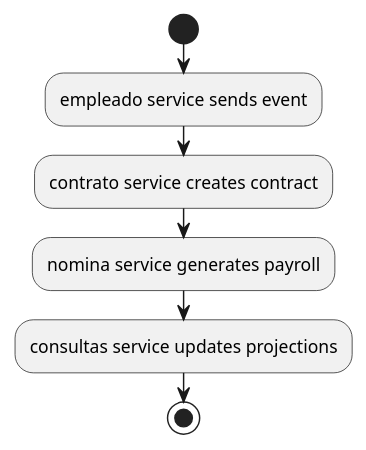
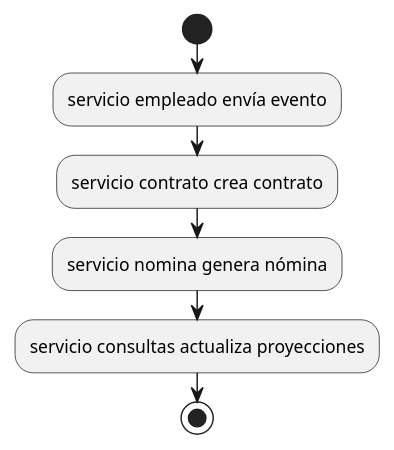
One commit to msamia/rrhh changed the diagram in docs/uml/global/activity/payroll_process.puml. Above: the diagram before and after it, drawn with PlantUML. The commit also changed 26 other files, not shown here.

Commit message:
docs: corregir y ampliar diagramas UML

```diff
--- a/docs/uml/global/activity/payroll_process.puml
+++ b/docs/uml/global/activity/payroll_process.puml
@@ -1,8 +1,8 @@
 @startuml
 start
-:empleado service sends event;
-:contrato service creates contract;
-:nomina service generates payroll;
-:consultas service updates projections;
+:servicio empleado envía evento;
+:servicio contrato crea contrato;
+:servicio nomina genera nómina;
+:servicio consultas actualiza proyecciones;
 stop
 @enduml
```
